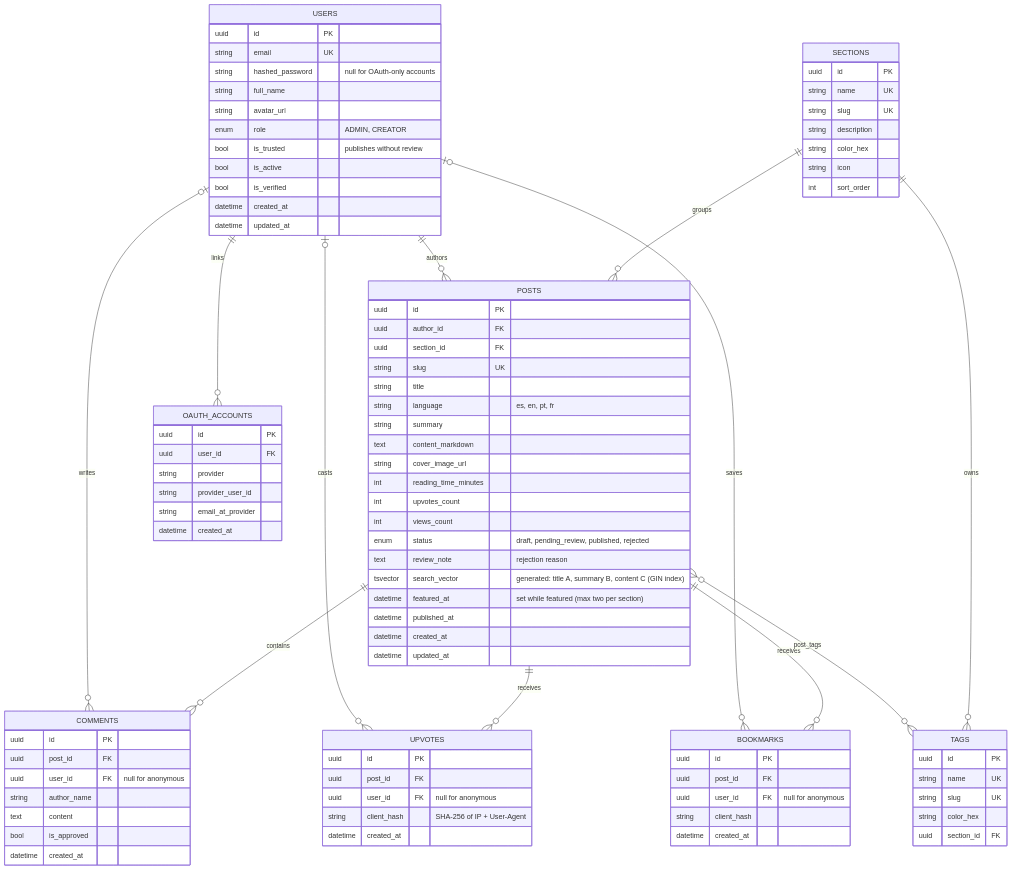
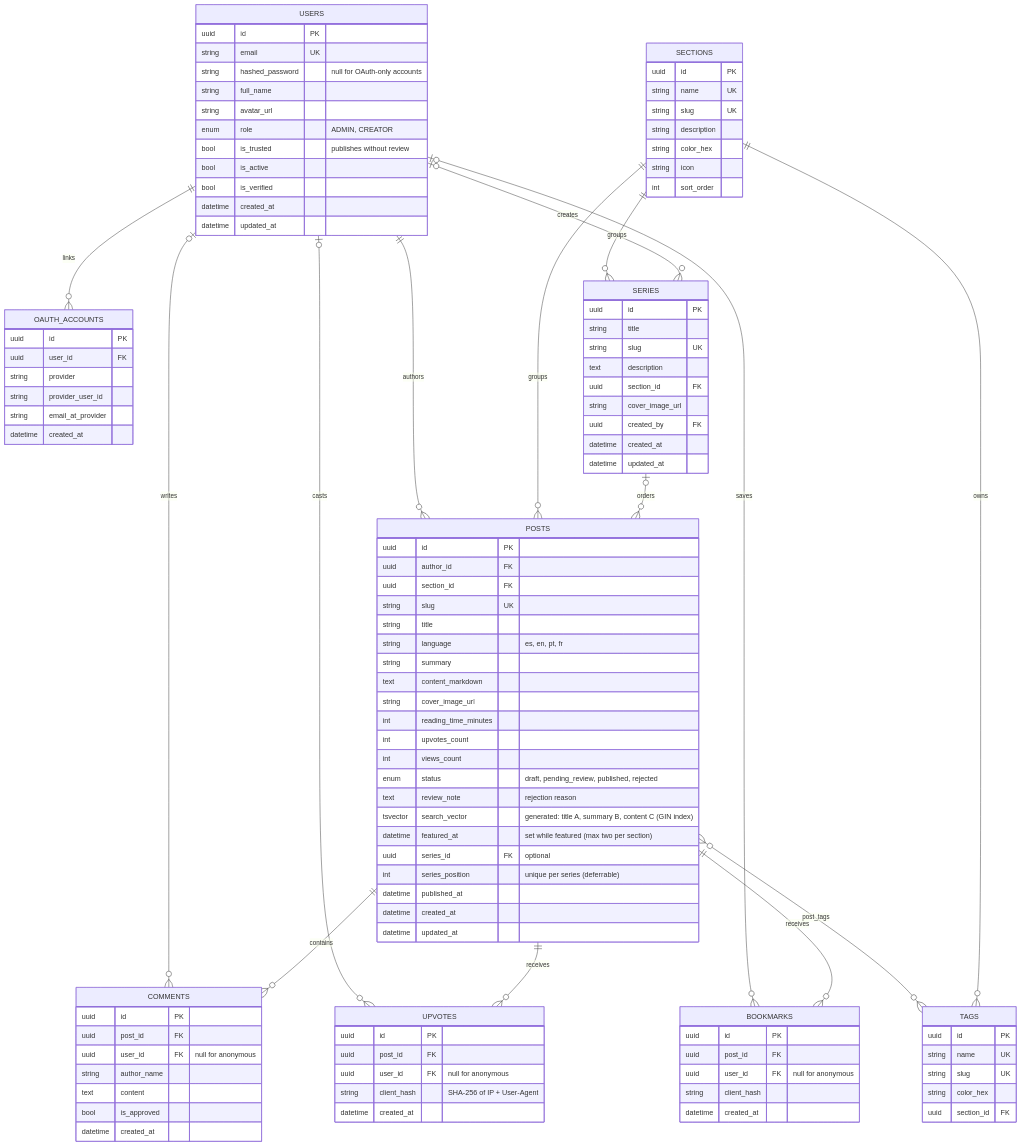
Before and after one commit to AnthoRuiz/DevBlog: the second of 2 diagrams in docs/ARCHITECTURE_E2E.md, drawn with Mermaid. The commit also changed other lines of this file and 1 other file, not shown here.

Commit message:
docs: series / learning paths

```diff
--- a/docs/ARCHITECTURE_E2E.md
+++ b/docs/ARCHITECTURE_E2E.md
@@ -162,6 +162,9 @@
     POSTS }o--o{ TAGS : "post_tags"
     SECTIONS ||--o{ POSTS : "groups"
     SECTIONS ||--o{ TAGS : "owns"
+    SECTIONS ||--o{ SERIES : "groups"
+    SERIES |o--o{ POSTS : "orders"
+    USERS |o--o{ SERIES : "creates"
 
     USERS {
         uuid id PK
@@ -213,7 +216,21 @@
         text review_note "rejection reason"
         tsvector search_vector "generated: title A, summary B, content C (GIN index)"
         datetime featured_at "set while featured (max two per section)"
+        uuid series_id FK "optional"
+        int series_position "unique per series (deferrable)"
         datetime published_at
+        datetime created_at
+        datetime updated_at
+    }
+
+    SERIES {
+        uuid id PK
+        string title
+        string slug UK
+        text description
+        uuid section_id FK
+        string cover_image_url
+        uuid created_by FK
         datetime created_at
         datetime updated_at
     }
```
